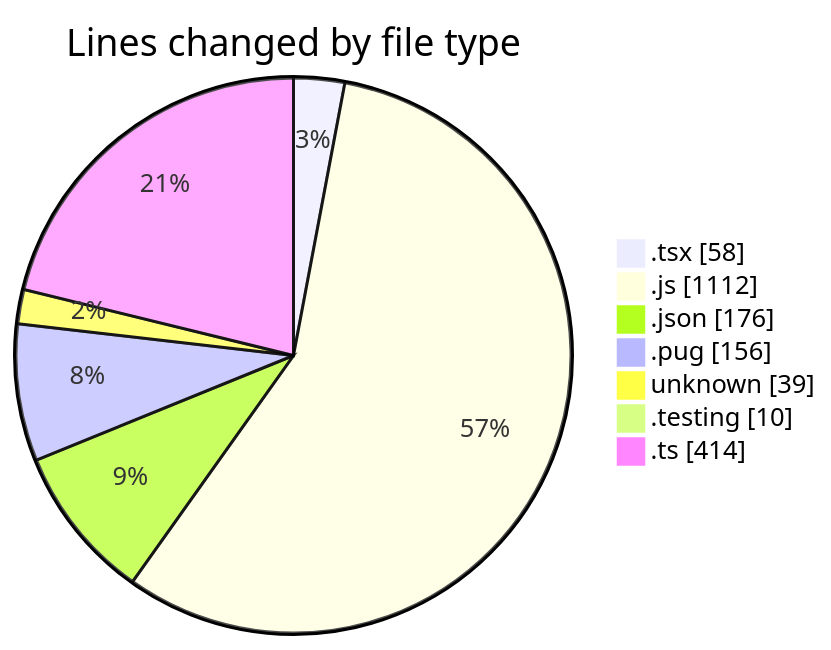
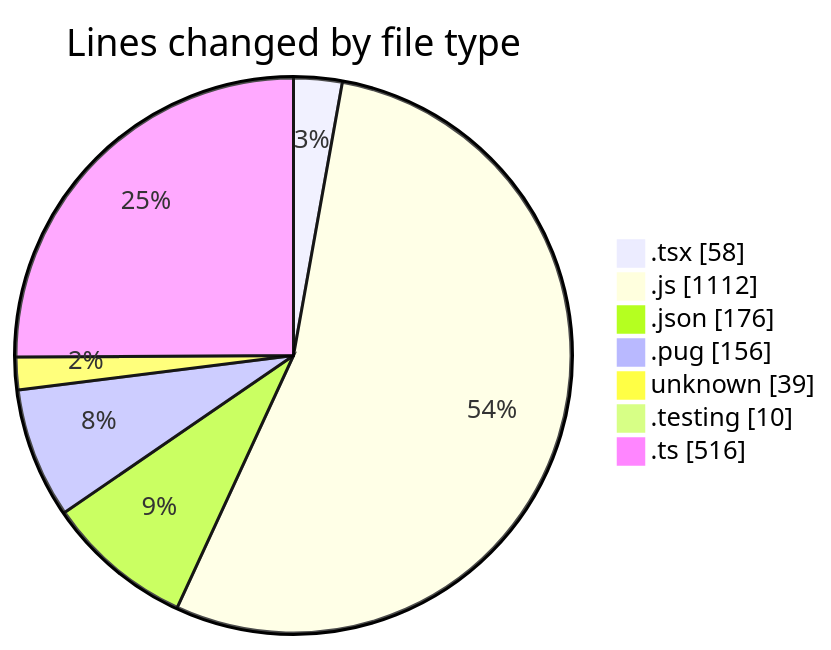
One commit to momahboobian/code-tracking changed the first of 2 diagrams in 2025-03-07/cda/README.md. Above: the diagram before and after it, drawn with Mermaid. The commit also changed other lines of this file and 1 other file, not shown here.

````diff
--- a/2025-03-07/cda/README.md
+++ b/2025-03-07/cda/README.md
@@ -33,11 +34,11 @@
 ```mermaid
 pie showData
 title Lines changed by file type
 ".tsx" : 58
 ".js" : 1112
 ".json" : 176
 ".pug" : 156
 "unknown" : 39
 ".testing" : 10
-".ts" : 414
+".ts" : 516
 ```
````
